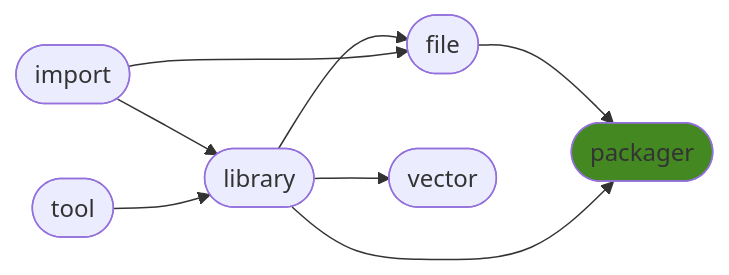
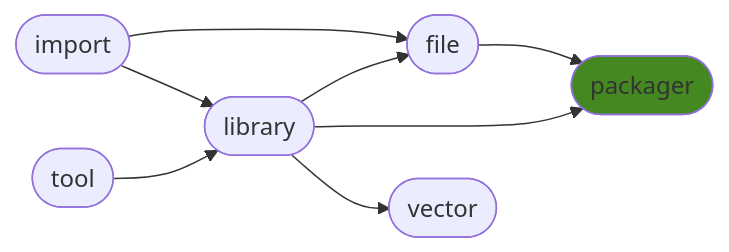
Before and after one commit to ManderaGeneral/generalpackager: the diagram in README.md, drawn with Mermaid. The commit also changed other lines of this file, not shown here.

````diff
--- a/README.md
+++ b/README.md
@@ -24,17 +24,17 @@
 ```mermaid
 flowchart LR
+2([library]) --> 3([file])
+3([file]) --> 5([packager])
+1([tool]) --> 2([library])
+2([library]) --> 5([packager])
+0([import]) --> 3([file])
 2([library]) --> 4([vector])
 0([import]) --> 2([library])
-3([file]) --> 5([packager])
-2([library]) --> 5([packager])
-1([tool]) --> 2([library])
-2([library]) --> 3([file])
-0([import]) --> 3([file])
 click 0 "https://github.com/ManderaGeneral/generalimport"
 click 1 "https://github.com/ManderaGeneral/generaltool"
 click 2 "https://github.com/ManderaGeneral/generallibrary"
 click 3 "https://github.com/ManderaGeneral/generalfile"
 click 4 "https://github.com/ManderaGeneral/generalvector"
 click 5 "https://github.com/ManderaGeneral/generalpackager"
 style 5 fill:#482
 ```
````
